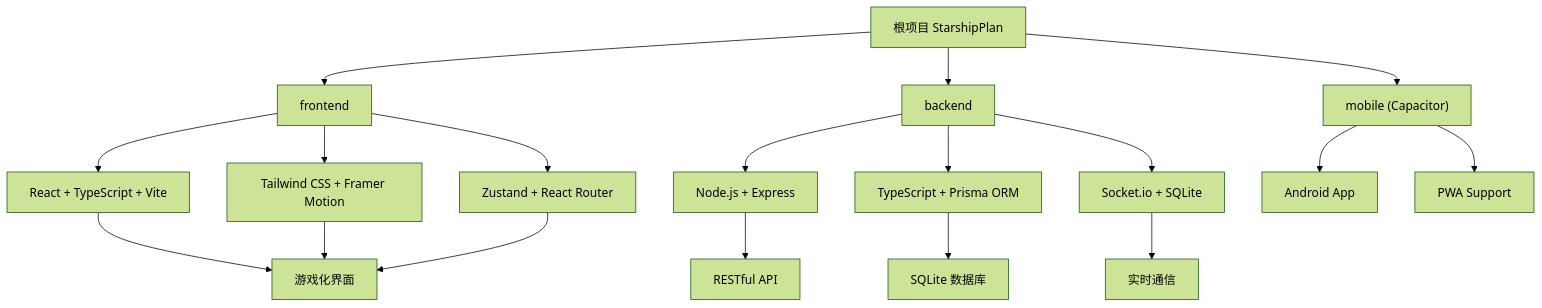
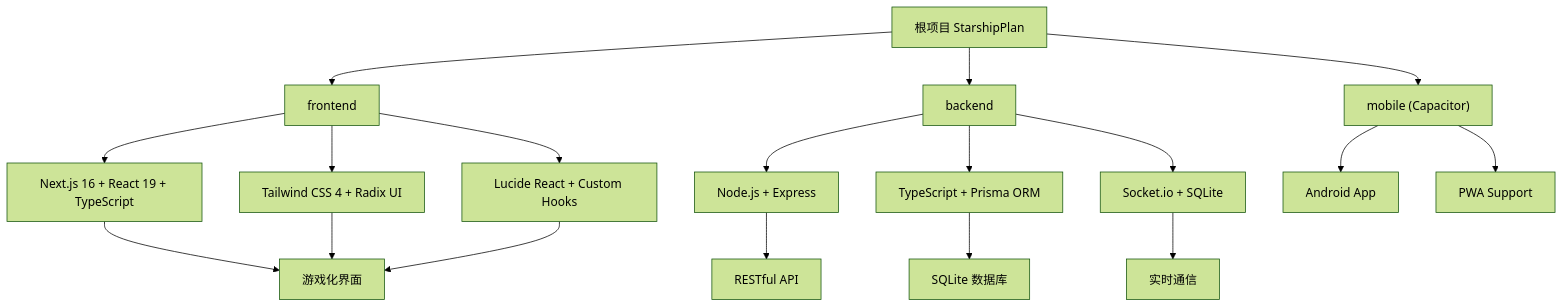
One commit to lcksfa/StarshipPlan changed the diagram in CLAUDE.md. Above: the diagram before and after it, drawn with Mermaid (forest theme). The commit also changed other lines of this file and 4 other files, not shown here.

````diff
--- a/CLAUDE.md
+++ b/CLAUDE.md
@@ -13,29 +13,29 @@
 ```mermaid
 graph TD
     A["根项目 StarshipPlan"] --> B["frontend"];
     A --> C["backend"];
     A --> D["mobile (Capacitor)"];
 
-    B --> E["React + TypeScript + Vite"];
-    B --> F["Tailwind CSS + Framer Motion"];
-    B --> G["Zustand + React Router"];
+    B --> E["Next.js 16 + React 19 + TypeScript"];
+    B --> F["Tailwind CSS 4 + Radix UI"];
+    B --> G["Lucide React + Custom Hooks"];
 
     C --> H["Node.js + Express"];
     C --> I["TypeScript + Prisma ORM"];
     C --> J["Socket.io + SQLite"];
 
     D --> K["Android App"];
     D --> L["PWA Support"];
 
     E --> M["游戏化界面"];
     F --> M;
     G --> M;
 
     H --> N["RESTful API"];
     I --> O["SQLite 数据库"];
     J --> P["实时通信"];
 
-    click B "./frontend/CLAUDE.md" "查看前端模块文档"
+    click B "./frontend/CLAUDE.md" "查看前端实现文档"
     click C "./backend/CLAUDE.md" "查看后端模块文档"
     click D "./mobile/CLAUDE.md" "查看移动端模块文档"
 ```
````
